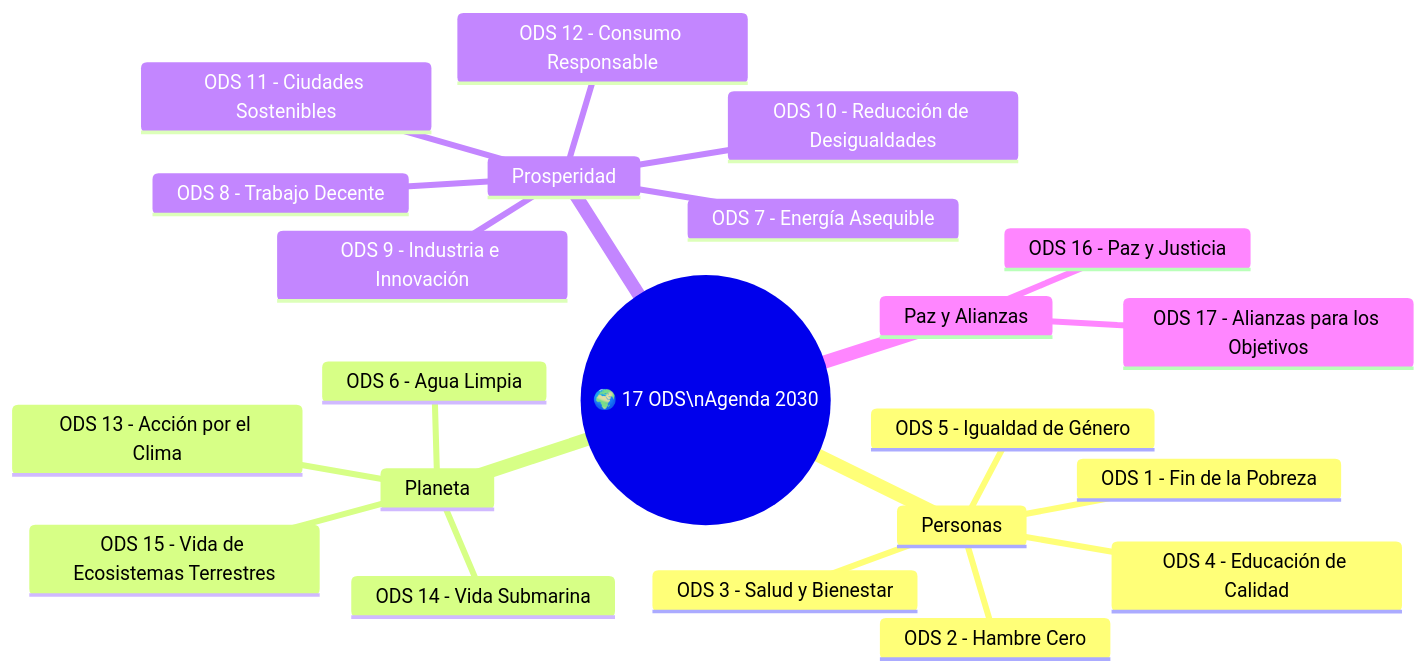
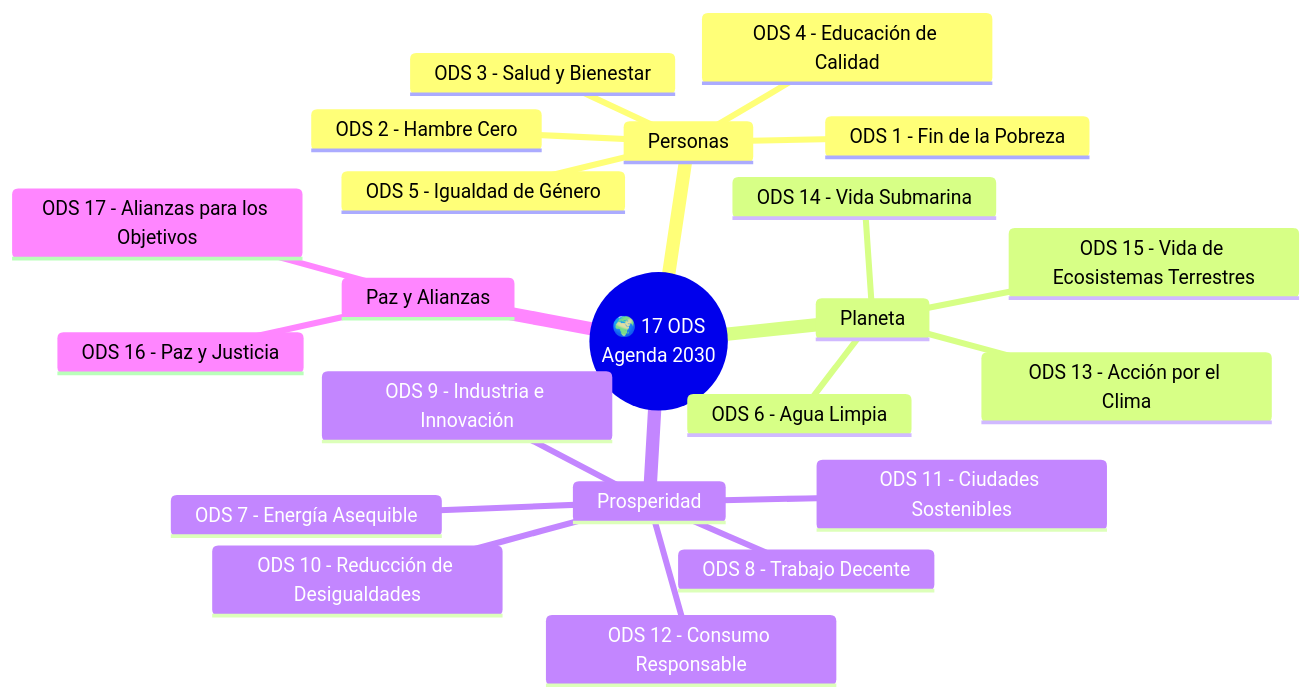
Before and after one commit to Fsteven22/Notas-de-Universidad-Freddy-Sanchez-: the diagram in Universidad/2do Semestre/Computación y Sociedad/Unidad 3 - Implicaciones Sociales/02 - ODS y Tecnologia.md, drawn with Mermaid. The commit also changed 51 other files, not shown here.

````diff
--- a/Universidad/2do Semestre/Computación y Sociedad/Unidad 3 - Implicaciones Sociales/02 - ODS y Tecnologia.md
+++ b/Universidad/2do Semestre/Computación y Sociedad/Unidad 3 - Implicaciones Sociales/02 - ODS y Tecnologia.md
@@ -31,25 +31,25 @@
 ```mermaid
 mindmap
-  root((🌍 17 ODS\nAgenda 2030))
+  root((🌍 17 ODS<br/>Agenda 2030))
     Personas
       ODS 1 - Fin de la Pobreza
       ODS 2 - Hambre Cero
       ODS 3 - Salud y Bienestar
       ODS 4 - Educación de Calidad
       ODS 5 - Igualdad de Género
     Planeta
       ODS 6 - Agua Limpia
       ODS 13 - Acción por el Clima
       ODS 14 - Vida Submarina
       ODS 15 - Vida de Ecosistemas Terrestres
     Prosperidad
       ODS 7 - Energía Asequible
       ODS 8 - Trabajo Decente
       ODS 9 - Industria e Innovación
       ODS 10 - Reducción de Desigualdades
       ODS 11 - Ciudades Sostenibles
       ODS 12 - Consumo Responsable
     Paz y Alianzas
       ODS 16 - Paz y Justicia
       ODS 17 - Alianzas para los Objetivos
 ```
````
